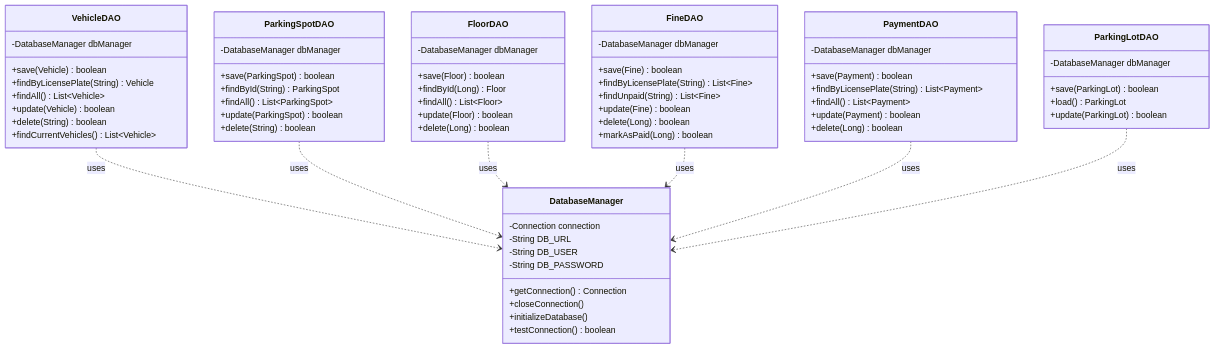
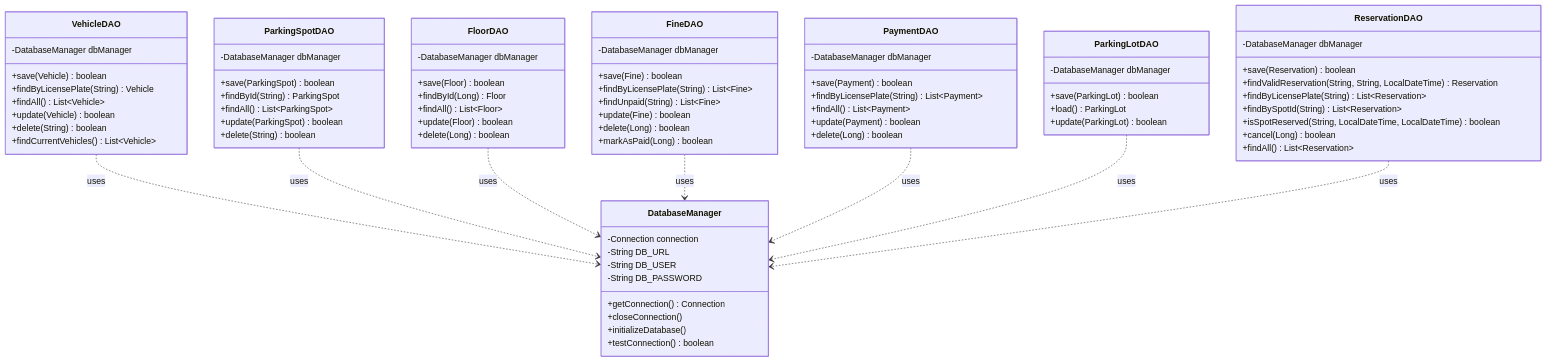
The fourth of 22 diagrams in UML_DIAGRAMS.md (Jinyuanmak/OOAD-Assignment), drawn with Mermaid before and after one commit. The commit also changed other lines of this file and 1 other file, not shown here.

````diff
--- a/UML_DIAGRAMS.md
+++ b/UML_DIAGRAMS.md
@@ -265,10 +281,22 @@
         +update(ParkingLot) boolean
     }
     
+    class ReservationDAO {
+        -DatabaseManager dbManager
+        +save(Reservation) boolean
+        +findValidReservation(String, String, LocalDateTime) Reservation
+        +findByLicensePlate(String) List~Reservation~
+        +findBySpotId(String) List~Reservation~
+        +isSpotReserved(String, LocalDateTime, LocalDateTime) boolean
+        +cancel(Long) boolean
+        +findAll() List~Reservation~
+    }
+    
     VehicleDAO ..> DatabaseManager : uses
     ParkingSpotDAO ..> DatabaseManager : uses
     FloorDAO ..> DatabaseManager : uses
     FineDAO ..> DatabaseManager : uses
     PaymentDAO ..> DatabaseManager : uses
     ParkingLotDAO ..> DatabaseManager : uses
+    ReservationDAO ..> DatabaseManager : uses
 ```
````
